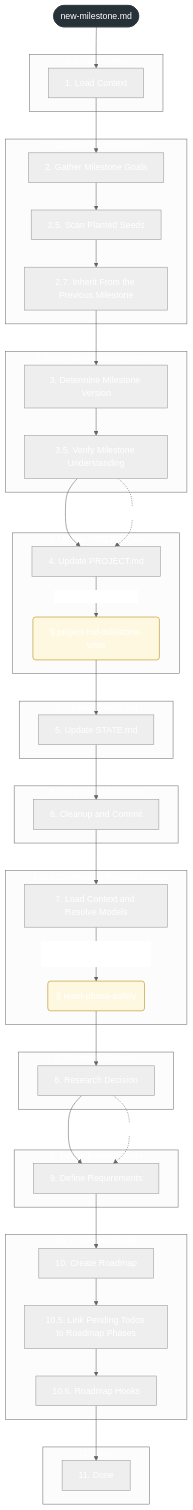
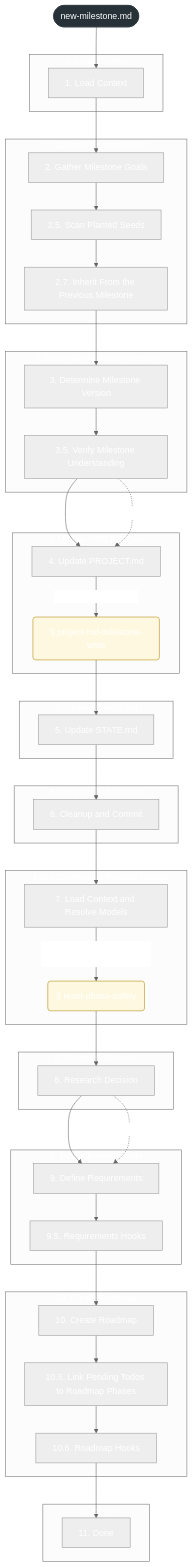
The first of 2 diagrams in docs/reference/workflow-maps/new-milestone.md (Govorin/gsd-core), drawn with Mermaid (neutral theme) before and after one commit. The commit also changed other lines of this file and 26 other files, not shown here.

First line of the commit message:
feat(loop): add roadmap:pre between requirements and the roadmapper

````diff
--- a/docs/reference/workflow-maps/new-milestone.md
+++ b/docs/reference/workflow-maps/new-milestone.md
@@ -15,74 +15,76 @@
 ```mermaid
 flowchart TB
   subgraph g_1["1. Load Context"]
     u_heading_1__Load_Context["1. Load Context"]
   end
   subgraph g_2["2. Gather Milestone Goals"]
     u_heading_2__Gather_Milestone_Goals["2. Gather Milestone Goals"]
     u_heading_2_5__Scan_Planted_Seeds["2.5. Scan Planted Seeds"]
     u_heading_2_7__Inherit_From_the_Previous_Milestone["2.7. Inherit From the Previous Milestone"]
   end
   subgraph g_3["3. Determine Milestone Version"]
     u_heading_3__Determine_Milestone_Version["3. Determine Milestone Version"]
     u_heading_3_5__Verify_Milestone_Understanding["3.5. Verify Milestone Understanding"]
   end
   subgraph g_4["4. Update PROJECT.md"]
     u_heading_4__Update_PROJECT_md["4. Update PROJECT.md"]
     u_section_project_md_milestone_write("§ project-md-milestone-write"):::conditional
   end
   subgraph g_5["5. Update STATE.md"]
     u_heading_5__Update_STATE_md["5. Update STATE.md"]
   end
   subgraph g_6["6. Cleanup and Commit"]
     u_heading_6__Cleanup_and_Commit["6. Cleanup and Commit"]
   end
   subgraph g_7["7. Load Context and Resolve Models"]
     u_heading_7__Load_Context_and_Resolve_Models["7. Load Context and Resolve Models"]
     u_section_reset_phase_safety("§ reset-phase-safety"):::conditional
   end
   subgraph g_8["8. Research Decision"]
     u_heading_8__Research_Decision["8. Research Decision"]
   end
   subgraph g_9["9. Define Requirements"]
     u_heading_9__Define_Requirements["9. Define Requirements"]
+    u_heading_9_5__Requirements_Hooks["9.5. Requirements Hooks"]
   end
   subgraph g_10["10. Create Roadmap"]
     u_heading_10__Create_Roadmap["10. Create Roadmap"]
     u_heading_10_5__Link_Pending_Todos_to_Roadmap_Phases["10.5. Link Pending Todos to Roadmap Phases"]
     u_heading_10_6__Roadmap_Hooks["10.6. Roadmap Hooks"]
   end
   subgraph g_11["11. Done"]
     u_heading_11__Done["11. Done"]
   end
   wf_root(["new-milestone.md"]):::root
   wf_root --> u_heading_1__Load_Context
   u_heading_1__Load_Context --> u_heading_2__Gather_Milestone_Goals
   u_heading_2__Gather_Milestone_Goals --> u_heading_2_5__Scan_Planted_Seeds
   u_heading_2_5__Scan_Planted_Seeds --> u_heading_2_7__Inherit_From_the_Previous_Milestone
   u_heading_2_7__Inherit_From_the_Previous_Milestone --> u_heading_3__Determine_Milestone_Version
   u_heading_3__Determine_Milestone_Version --> u_heading_3_5__Verify_Milestone_Understanding
   u_heading_3_5__Verify_Milestone_Understanding --> u_heading_4__Update_PROJECT_md
   u_heading_4__Update_PROJECT_md -->|"when#58; state#58;flat-mode"| u_section_project_md_milestone_write
   u_section_project_md_milestone_write --> u_heading_5__Update_STATE_md
   u_heading_5__Update_STATE_md --> u_heading_6__Cleanup_and_Commit
   u_heading_6__Cleanup_and_Commit --> u_heading_7__Load_Context_and_Resolve_Models
   u_heading_7__Load_Context_and_Resolve_Models -->|"when#58; flag#58;#45;#45;reset-phase-numbers"| u_section_reset_phase_safety
   u_section_reset_phase_safety --> u_heading_8__Research_Decision
   u_heading_8__Research_Decision --> u_heading_9__Define_Requirements
-  u_heading_9__Define_Requirements --> u_heading_10__Create_Roadmap
+  u_heading_9__Define_Requirements --> u_heading_9_5__Requirements_Hooks
+  u_heading_9_5__Requirements_Hooks --> u_heading_10__Create_Roadmap
   u_heading_10__Create_Roadmap --> u_heading_10_5__Link_Pending_Todos_to_Roadmap_Phases
   u_heading_10_5__Link_Pending_Todos_to_Roadmap_Phases --> u_heading_10_6__Roadmap_Hooks
   u_heading_10_6__Roadmap_Hooks --> u_heading_11__Done
   u_heading_3_5__Verify_Milestone_Understanding -.->|"goto"| u_heading_4__Update_PROJECT_md
   u_heading_8__Research_Decision -.->|"goto"| u_heading_9__Define_Requirements
   classDef missing fill:#fdecea,stroke:#d33,stroke-dasharray:4 3
   classDef unparsed fill:#f5f5f5,stroke:#999999,stroke-dasharray:4 3,color:#555
   classDef conditional fill:#fff8e1,stroke:#b28704
   classDef root fill:#263238,color:#ffffff,stroke:#263238
   classDef agent fill:#e8f0fe,stroke:#3367d6
   classDef builtin fill:#eeeeee,stroke:#777777
   classDef capability fill:#e6f4ea,stroke:#2e7d32
   classDef dynamic fill:#f2f2f2,stroke:#888,stroke-dasharray:2 2
   classDef point fill:#f3e8fd,stroke:#8e24aa
   classDef workflow fill:#ffffff,stroke:#555555
 ```
````
